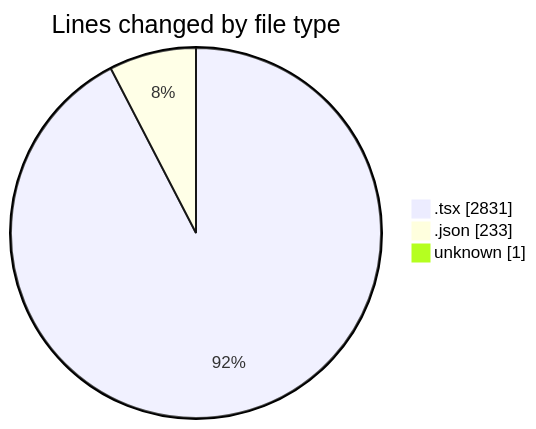
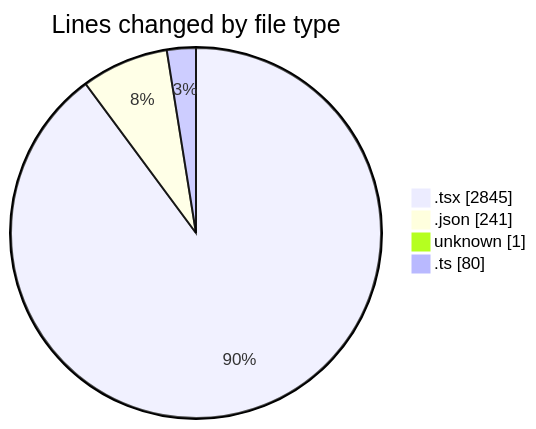
The first of 2 diagrams in 2025-05-07/niten/README.md (Elitesun/code-tracking), drawn with Mermaid before and after one commit. The commit also changed other lines of this file and 1 other file, not shown here.

````diff
--- a/2025-05-07/niten/README.md
+++ b/2025-05-07/niten/README.md
@@ -49,7 +51,8 @@
 ```mermaid
 pie showData
 title Lines changed by file type
-".tsx" : 2831
-".json" : 233
+".tsx" : 2845
+".json" : 241
 "unknown" : 1
+".ts" : 80
 ```
````
